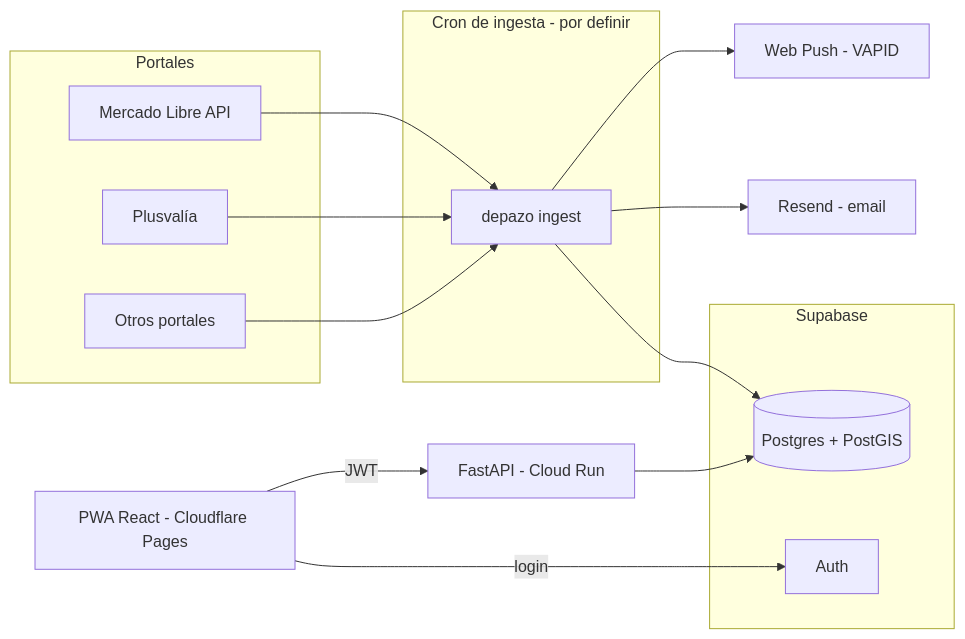
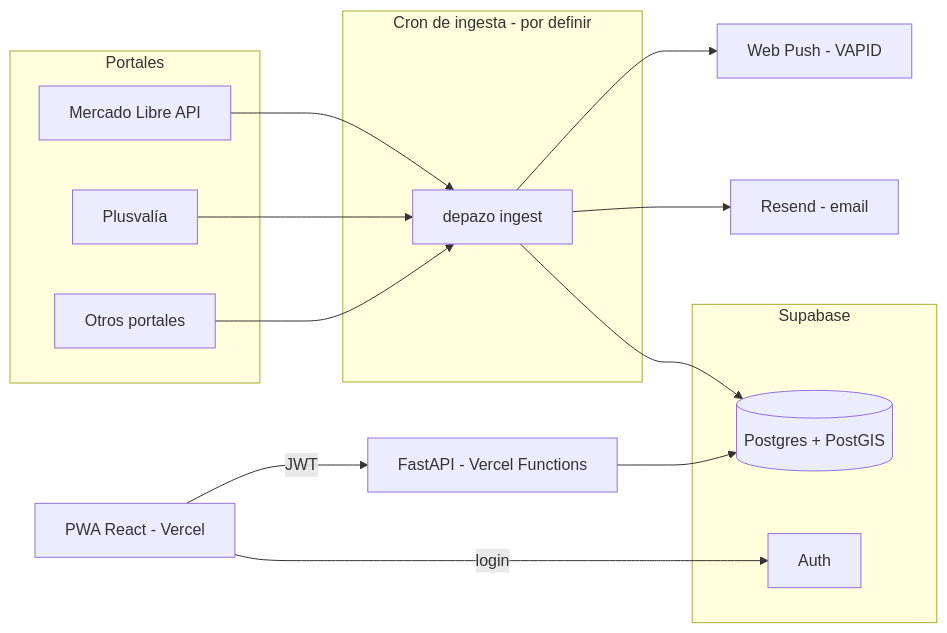
One commit to Mike37Jet/depazo changed the first of 2 diagrams in docs/architecture.md. Above: the diagram before and after it, drawn with Mermaid. The commit also changed other lines of this file and 3 other files, not shown here.

````diff
--- a/docs/architecture.md
+++ b/docs/architecture.md
@@ -13,24 +13,24 @@
 ```mermaid
 flowchart LR
     subgraph GH[Cron de ingesta - por definir]
         ING[depazo ingest]
     end
     subgraph Portales
         P1[Mercado Libre API]
         P2[Plusvalía]
         P3[Otros portales]
     end
     subgraph Supabase
         DB[(Postgres + PostGIS)]
         AUTH[Auth]
     end
-    API[FastAPI - Cloud Run]
-    WEB[PWA React - Cloudflare Pages]
+    API[FastAPI - Vercel Functions]
+    WEB[PWA React - Vercel]
     MAIL[Resend - email]
     PUSH[Web Push - VAPID]
 
     P1 & P2 & P3 --> ING --> DB
     ING --> MAIL & PUSH
     WEB -- login --> AUTH
     WEB -- JWT --> API --> DB
 ```
````
